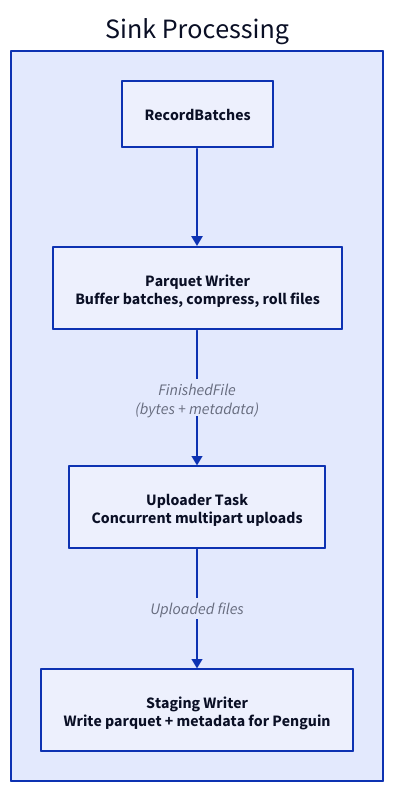
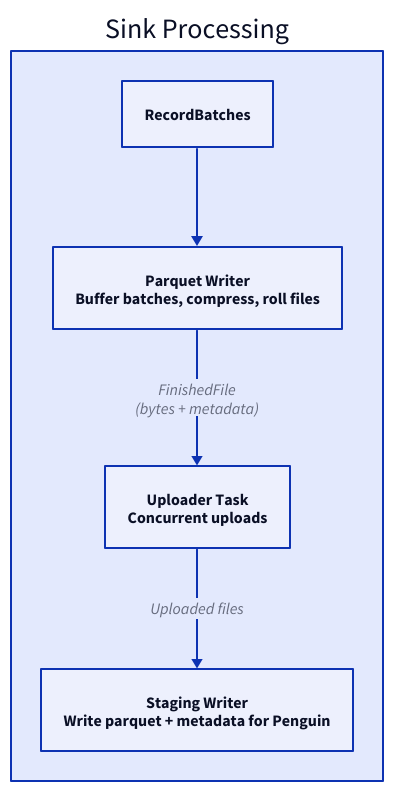
Before and after one commit to benjamin-awd/blizzard: the diagram in website/src/content/docs/architecture/sink.md, drawn with D2. The commit also changed other lines of this file and 2 other files, not shown here.

````diff
--- a/website/src/content/docs/architecture/sink.md
+++ b/website/src/content/docs/architecture/sink.md
@@ -10,19 +10,19 @@
 ```d2
 direction: down
 Sink Processing: {
   input: RecordBatches
   writer: Parquet Writer {
     label: "Parquet Writer\nBuffer batches, compress, roll files"
   }
   uploader: Uploader Task {
-    label: "Uploader Task\nConcurrent multipart uploads"
+    label: "Uploader Task\nConcurrent uploads"
   }
   staging: Staging Writer {
     label: "Staging Writer\nWrite parquet + metadata for Penguin"
   }
 
   input -> writer
   writer -> uploader: "FinishedFile\n(bytes + metadata)"
   uploader -> staging: Uploaded files
 }
 ```
````
